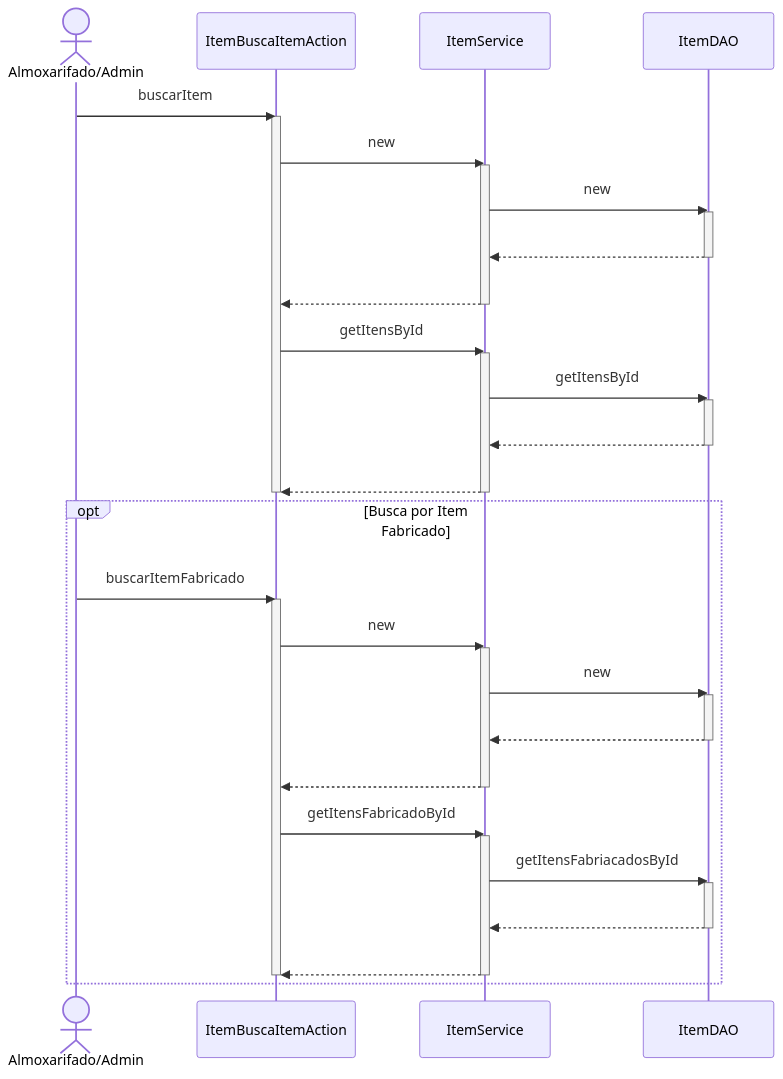
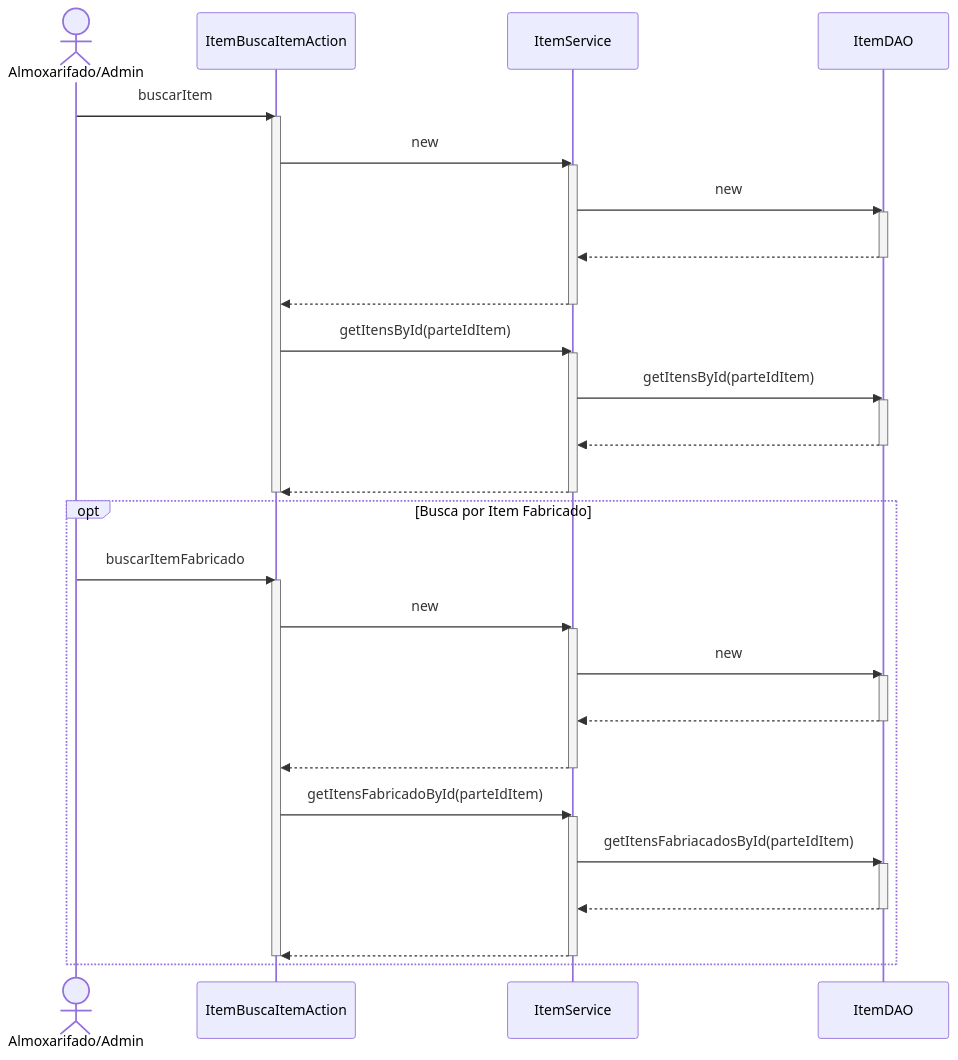
One commit to branqsMRP/SequenceDiagram changed the diagram in DiagramaSequencia/Novo Diagrama Sequencia/Item/Buscar Item.mmd. Above: the diagram before and after it, drawn with Mermaid.

Commit message:
Adicionando os parametros em buscar item

```diff
--- a/DiagramaSequencia/Novo Diagrama Sequencia/Item/Buscar Item.mmd
+++ b/DiagramaSequencia/Novo Diagrama Sequencia/Item/Buscar Item.mmd
@@ -1,43 +1,43 @@
 sequenceDiagram
 actor AA as Almoxarifado/Admin
 AA ->> ItemBuscaItemAction : buscarItem
 activate ItemBuscaItemAction
 ItemBuscaItemAction ->> ItemService : new
 activate ItemService
 ItemService ->> ItemDAO : new
 activate ItemDAO
 ItemDAO -->> ItemService : #32; 
 deactivate ItemDAO
 ItemService -->> ItemBuscaItemAction : #32; 
 deactivate ItemService
-ItemBuscaItemAction ->> ItemService : getItensById
+ItemBuscaItemAction ->> ItemService : getItensById(parteIdItem)
 activate ItemService
-ItemService ->> ItemDAO : getItensById
+ItemService ->> ItemDAO : getItensById(parteIdItem)
 activate ItemDAO
 ItemDAO -->> ItemService : #32; 
 deactivate ItemDAO
 ItemService -->> ItemBuscaItemAction : #32; 
 deactivate ItemService
 deactivate ItemBuscaItemAction
 
 opt Busca por Item Fabricado
     AA ->> ItemBuscaItemAction : buscarItemFabricado
     activate ItemBuscaItemAction
     ItemBuscaItemAction ->> ItemService : new
     activate ItemService
     ItemService ->> ItemDAO : new
     activate ItemDAO
     ItemDAO -->> ItemService : #32; 
     deactivate ItemDAO
     ItemService -->> ItemBuscaItemAction : #32; 
     deactivate ItemService
-    ItemBuscaItemAction ->> ItemService : getItensFabricadoById
+    ItemBuscaItemAction ->> ItemService : getItensFabricadoById(parteIdItem)
     activate ItemService
-    ItemService ->> ItemDAO : getItensFabriacadosById
+    ItemService ->> ItemDAO : getItensFabriacadosById(parteIdItem)
     activate ItemDAO
     ItemDAO -->> ItemService : #32; 
     deactivate ItemDAO
     ItemService -->> ItemBuscaItemAction : #32; 
     deactivate ItemService
     deactivate ItemBuscaItemAction
 end
```
